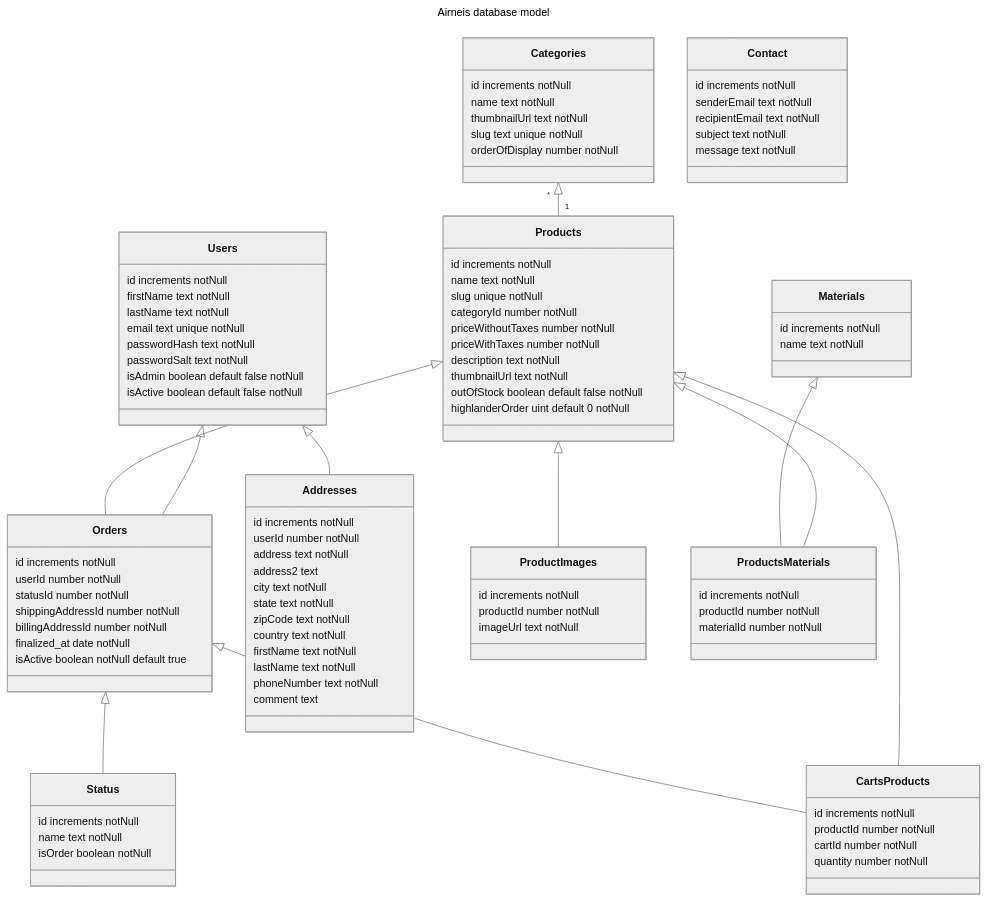
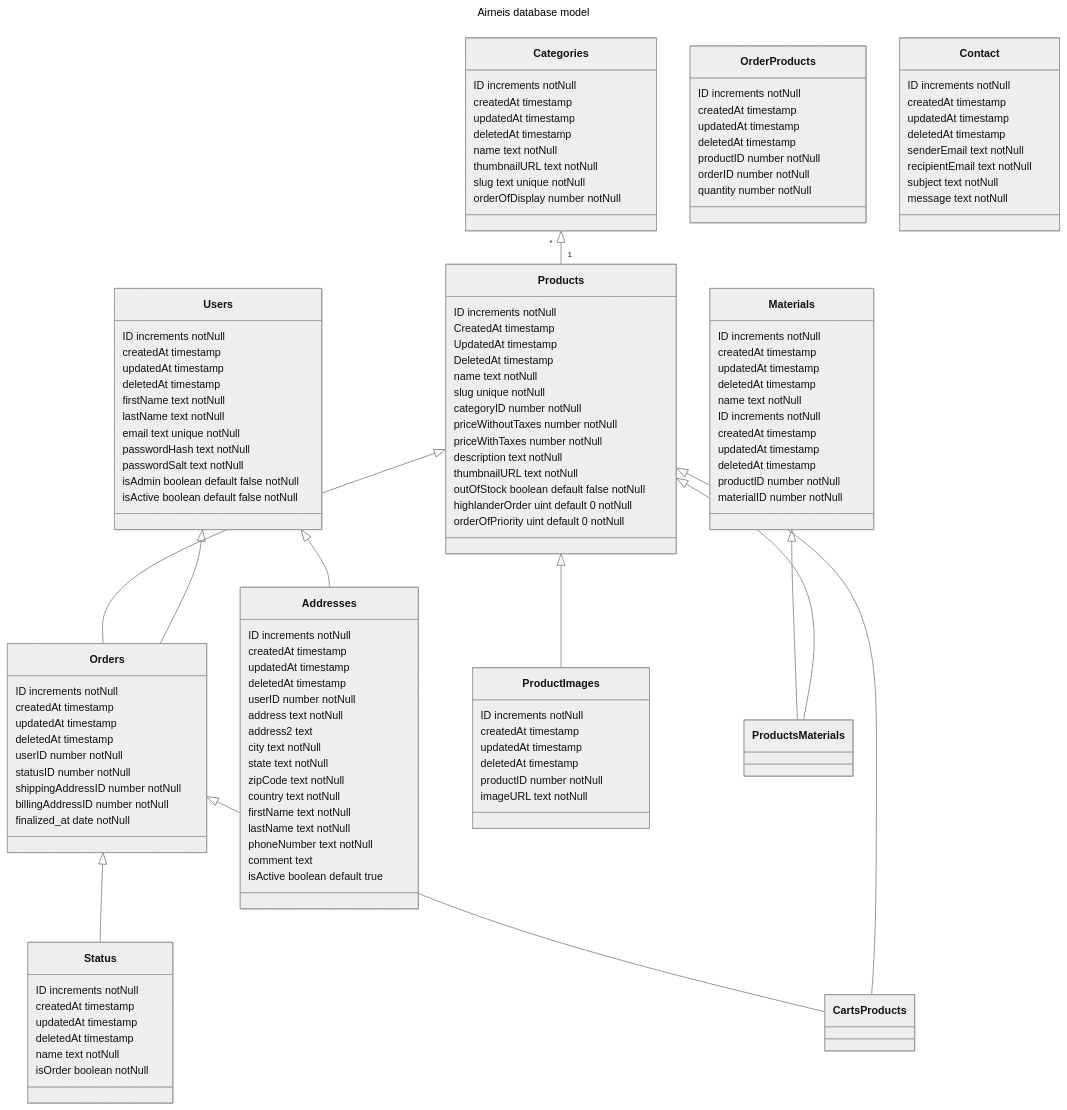
One commit to KrispyTech/airneis changed the diagram in docs/database/readme.md. Above: the diagram before and after it, drawn with Mermaid (neutral theme). The commit also changed other lines of this file, not shown here.

Commit message:
chore(database model) : Update models #119

```diff
--- a/docs/database/readme.md
+++ b/docs/database/readme.md
@@ -19,7 +19,10 @@
 Products <|-- ProductsMaterials
 
 class Users {
-    id increments notNull
+    ID increments notNull
+    createdAt timestamp
+    updatedAt timestamp
+    deletedAt timestamp
     firstName text notNull
     lastName text notNull
     email text unique notNull
@@ -30,46 +33,65 @@
 }
 
 class Categories {
-    id increments notNull
+    ID increments notNull
+    createdAt timestamp
+    updatedAt timestamp
+    deletedAt timestamp
     name text notNull
-    thumbnailUrl text notNull
+    thumbnailURL text notNull
     slug text unique notNull
     orderOfDisplay number notNull
 }
 
 class Products {
-    id increments notNull
+    ID increments notNull
+    CreatedAt timestamp
+	UpdatedAt timestamp
+	DeletedAt timestamp
     name text notNull
     slug unique notNull
-    categoryId number notNull
+    categoryID number notNull
     priceWithoutTaxes number notNull
     priceWithTaxes number notNull
     description text notNull
-    thumbnailUrl text notNull
+    thumbnailURL text notNull
     outOfStock boolean default false notNull
     highlanderOrder uint default 0 notNull
+    orderOfPriority uint default 0 notNull
 }
 
 class ProductImages {
-    id increments notNull
-    productId number notNull
-    imageUrl text notNull
+    ID increments notNull
+    createdAt timestamp
+    updatedAt timestamp
+    deletedAt timestamp
+    productID number notNull
+    imageURL text notNull
 }
 
 class Materials{
-    id increments notNull
+    ID increments notNull
+    createdAt timestamp
+    updatedAt timestamp
+    deletedAt timestamp
     name text notNull
 }
 
-class ProductsMaterials {
-    id increments notNull
-    productId number notNull
-    materialId number notNull
+class Materials {
+    ID increments notNull
+    createdAt timestamp
+    updatedAt timestamp
+    deletedAt timestamp
+    productID number notNull
+    materialID number notNull
 }
 
 class Addresses {
-    id increments notNull
-    userId number notNull
+    ID increments notNull
+    createdAt timestamp
+    updatedAt timestamp
+    deletedAt timestamp
+    userID number notNull
     address text notNull
     address2 text
     city text notNull
@@ -80,33 +102,45 @@
     lastName text notNull
     phoneNumber text notNull
     comment text
+    isActive boolean default true
 }
 
 class Orders {
-    id increments notNull
-    userId number notNull
-    statusId number notNull
-    shippingAddressId number notNull
-    billingAddressId number notNull
+    ID increments notNull
+    createdAt timestamp
+    updatedAt timestamp
+    deletedAt timestamp
+    userID number notNull
+    statusID number notNull
+    shippingAddressID number notNull
+    billingAddressID number notNull
     finalized_at date notNull
-    isActive boolean notNull default true
 }
 
 class Status {
-    id increments notNull
+    ID increments notNull
+    createdAt timestamp
+    updatedAt timestamp
+    deletedAt timestamp
     name text notNull
     isOrder boolean notNull
 }
 
-class CartsProducts {
-    id increments notNull
-    productId number notNull
-    cartId number notNull
+class OrderProducts {
+    ID increments notNull
+    createdAt timestamp
+    updatedAt timestamp
+    deletedAt timestamp
+    productID number notNull
+    orderID number notNull
     quantity number notNull
 }
 
 class Contact {
-    id increments notNull
+    ID increments notNull
+    createdAt timestamp
+    updatedAt timestamp
+    deletedAt timestamp
     senderEmail text notNull
     recipientEmail text notNull
     subject text notNull
```
